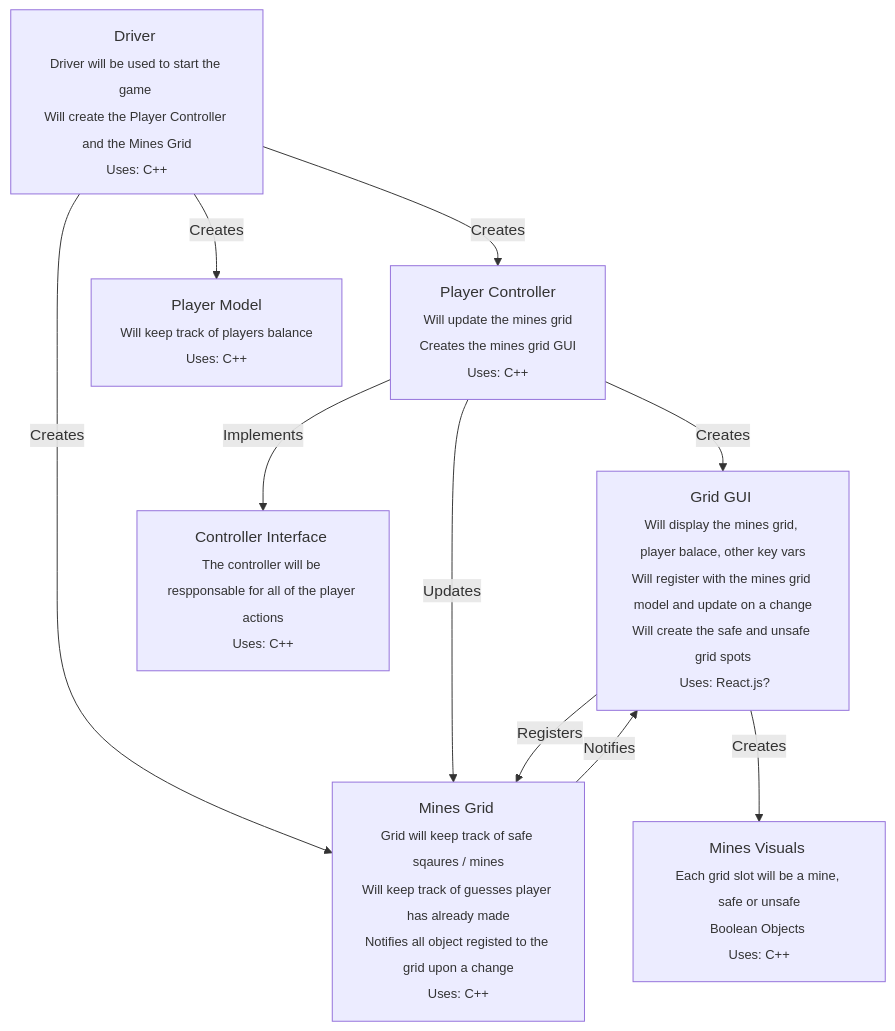
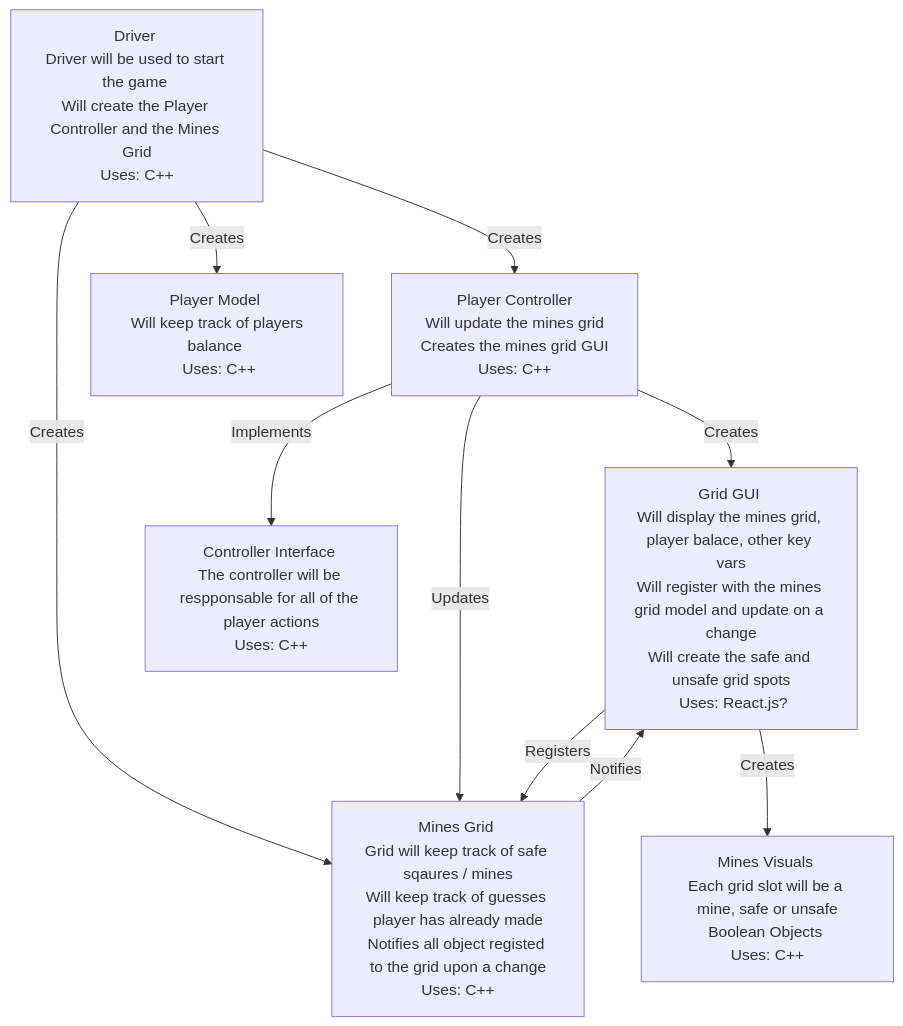
The first of 5 diagrams in DesignDocs.md (tnhi26990/casino_games), drawn with Mermaid before and after one commit. The commit also changed other lines of this file, not shown here.

Commit message:
Remove sub tags in DesignDocs

````diff
--- a/DesignDocs.md
+++ b/DesignDocs.md
@@ -5,20 +5,20 @@
 ```mermaid
 graph TD;
-    A[Driver <br/><sub>Driver will be used to start the game <br>Will create the Player Controller and the Mines Grid<br>Uses: C++<br></sub>];
-    B[Player Controller <br/><sub>Will update the mines grid<br>Creates the mines grid GUI  <br> Uses: C++  <sub>];
-    C[Mines Grid <br/><sub>Grid will keep track of safe sqaures / mines<br>Will keep track of guesses player has already made<br>Notifies all object registed to the grid upon a change<br>Uses: C++<sub>];
-    D[Grid GUI <br/><sub>Will display the mines grid, player balace, other key vars<br>Will register with the mines grid model and update on a change<br>Will create the safe and unsafe grid spots<br> Uses: React.js?<sub>];
-    E[Mines Visuals <br/><sub>Each grid slot will be a mine, safe or unsafe<br>Boolean Objects <br>Uses: C++<sub>];
-    F[Controller Interface <br/><sub>The controller will be respponsable for all of the player actions<br>Uses: C++<sub>]
-    G[Player Model <br/> <sub> Will keep track of players balance <br> Uses: C++ <sub> ]
+    A[Driver <br/>Driver will be used to start the game <br>Will create the Player Controller and the Mines Grid<br>Uses: C++<br>];
+    B[Player Controller <br/>Will update the mines grid<br>Creates the mines grid GUI  <br> Uses: C++];
+    C[Mines Grid <br/>Grid will keep track of safe sqaures / mines<br>Will keep track of guesses player has already made<br>Notifies all object registed to the grid upon a change<br>Uses: C++];
+    D[Grid GUI <br/>Will display the mines grid, player balace, other key vars<br>Will register with the mines grid model and update on a change<br>Will create the safe and unsafe grid spots<br> Uses: React.js?];
+    E[Mines Visuals <br/>Each grid slot will be a mine, safe or unsafe<br>Boolean Objects <br>Uses: C++];
+    F[Controller Interface <br/>The controller will be respponsable for all of the player actions<br>Uses: C++]
+    G[Player Model <br/> Will keep track of players balance <br> Uses: C++]
 
     A --> |Creates| B;
     A --> |Creates| C;
     A --> |Creates| G;
     B --> |Creates| D;
     B --> |Updates| C;
     C --> |Notifies| D;
     D --> |Registers| C;
     D --> |Creates| E;
     B --> |Implements| F;
 ```
````
